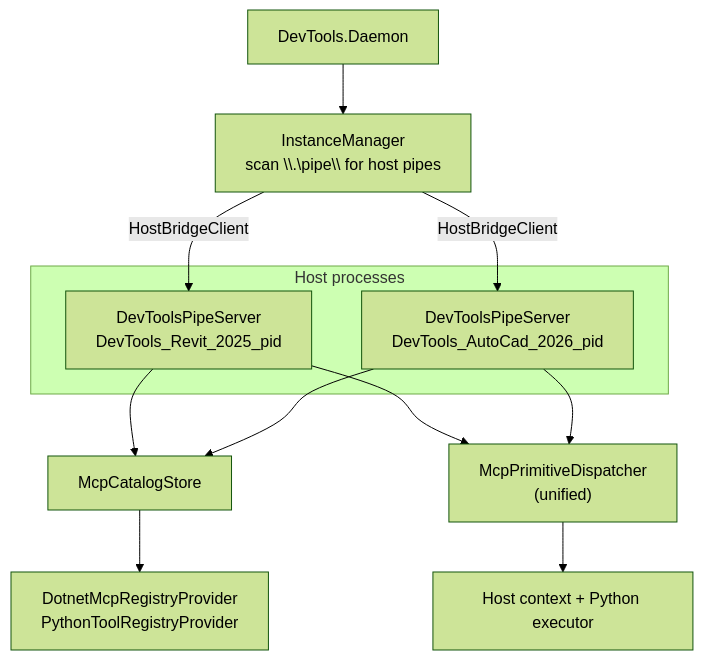
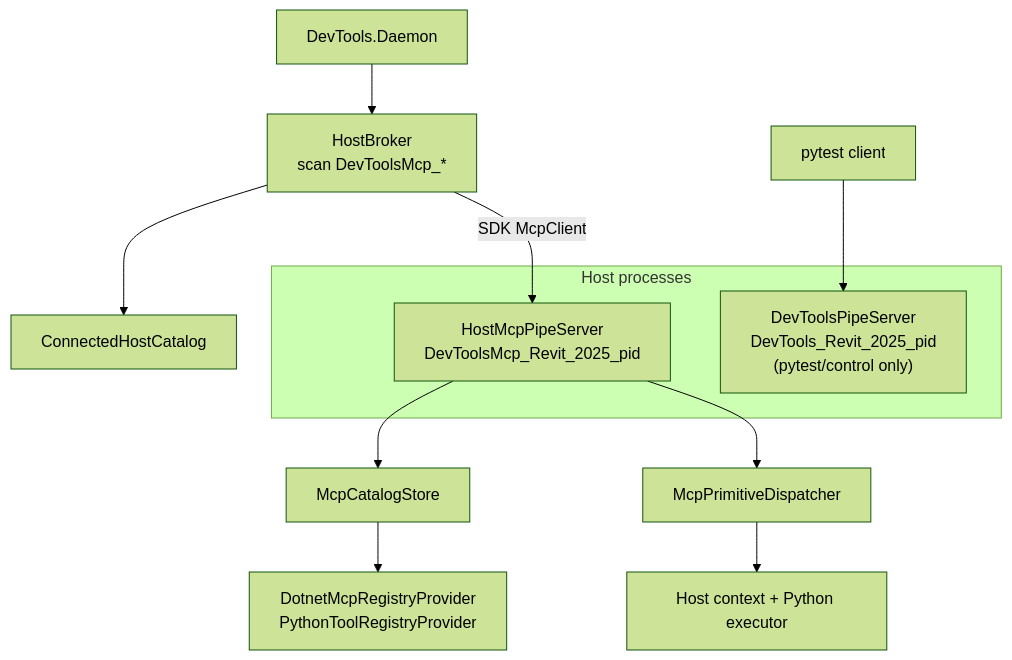
The first of 2 diagrams in docs/architecture/MCP/in-host-runtime.md (trgiangv/RevitDevTool), drawn with Mermaid (forest theme) before and after one commit. The commit also changed other lines of this file and 32 other files, not shown here.

First line of the commit message:
docs(mcp): platform architecture and product contracts for SDK 2.0

````diff
--- a/docs/architecture/MCP/in-host-runtime.md
+++ b/docs/architecture/MCP/in-host-runtime.md
@@ -7,25 +8,25 @@
 ```mermaid
 flowchart TB
     Daemon["DevTools.Daemon"]
-    Discovery["InstanceManager<br/>scan \\.\pipe\\ for host pipes"]
+    Broker["HostBroker<br/>scan DevToolsMcp_*"]
+    Catalog["ConnectedHostCatalog"]
 
     subgraph hosts["Host processes"]
-        RevitPipe["DevToolsPipeServer<br/>DevTools_Revit_2025_pid"]
-        AcadPipe["DevToolsPipeServer<br/>DevTools_AutoCad_2026_pid"]
+        McpPipe["HostMcpPipeServer<br/>DevToolsMcp_Revit_2025_pid"]
+        PytestPipe["DevToolsPipeServer<br/>DevTools_Revit_2025_pid<br/>(pytest/control only)"]
     end
 
     Registry["McpCatalogStore"]
     Providers["DotnetMcpRegistryProvider<br/>PythonToolRegistryProvider"]
-    Dispatch["McpPrimitiveDispatcher<br/>(unified)"]
+    Dispatch["McpPrimitiveDispatcher"]
     Host["Host context + Python executor"]
 
-    Daemon --> Discovery
-    Discovery -->|"HostBridgeClient"| RevitPipe
-    Discovery -->|"HostBridgeClient"| AcadPipe
-    RevitPipe --> Registry
-    AcadPipe --> Registry
+    Daemon --> Broker
+    Broker --> Catalog
+    Broker -->|"SDK McpClient"| McpPipe
+    McpPipe --> Registry
     Registry --> Providers
-    RevitPipe --> Dispatch
-    AcadPipe --> Dispatch
+    McpPipe --> Dispatch
     Dispatch --> Host
+    Pytest["pytest client"] --> PytestPipe
 ```
````
